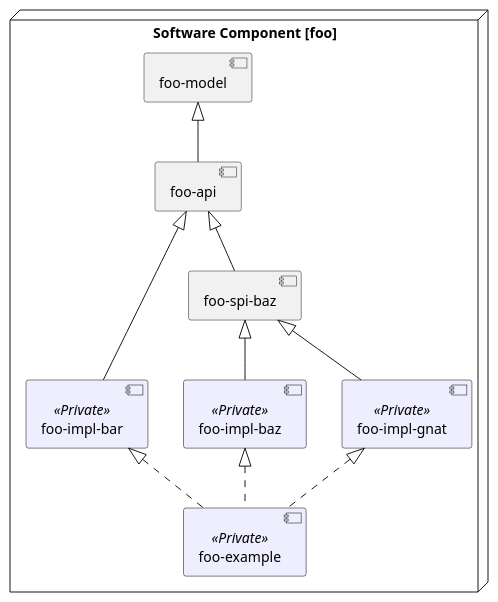
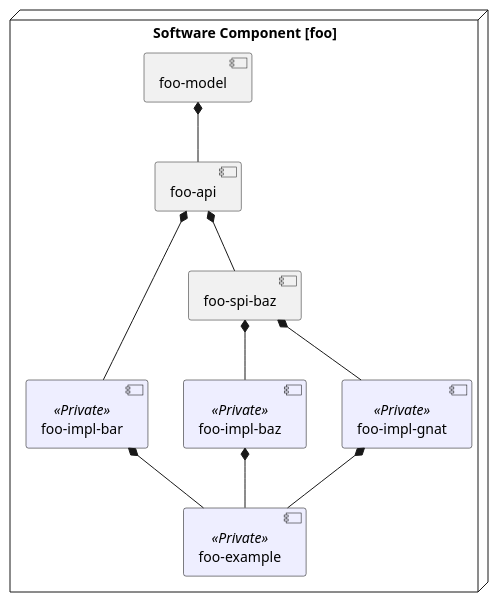
Before and after one commit to lennartj/nazgul_tools: the diagram in src/site/markdown/plantuml/modularity_mavenProjects.puml, drawn with PlantUML. The commit also changed 15 other files, not shown here.

```diff
--- a/src/site/markdown/plantuml/modularity_mavenProjects.puml
+++ b/src/site/markdown/plantuml/modularity_mavenProjects.puml
@@ -1,26 +1,26 @@
 @startuml
 
 skinparam component {
   BackgroundColor<<Private>> #EEEEFF
   BorderColor<<Private>> black
 }
 
 node "Software Component [foo]" {
 
     component "foo-impl-bar"<<Private>>
     component "foo-impl-baz"<<Private>>
     component "foo-impl-gnat"<<Private>>
     component "foo-example"<<Private>>
 
-    [foo-model] <|-- [foo-api]
-    [foo-api] <|--- [foo-impl-bar]
-    [foo-api] <|-- [foo-spi-baz]
-    [foo-spi-baz] <|-- [foo-impl-baz]
-    [foo-spi-baz] <|-- [foo-impl-gnat]
+    [foo-model] *-- [foo-api]
+    [foo-api] *--- [foo-impl-bar]
+    [foo-api] *-- [foo-spi-baz]
+    [foo-spi-baz] *-- [foo-impl-baz]
+    [foo-spi-baz] *-- [foo-impl-gnat]
 
-    [foo-impl-bar] <|.. [foo-example]
-    [foo-impl-baz] <|.. [foo-example]
-    [foo-impl-gnat] <|.. [foo-example]
+    [foo-impl-bar] *-- [foo-example]
+    [foo-impl-baz] *-- [foo-example]
+    [foo-impl-gnat] *-- [foo-example]
 }
 
 @enduml
```
